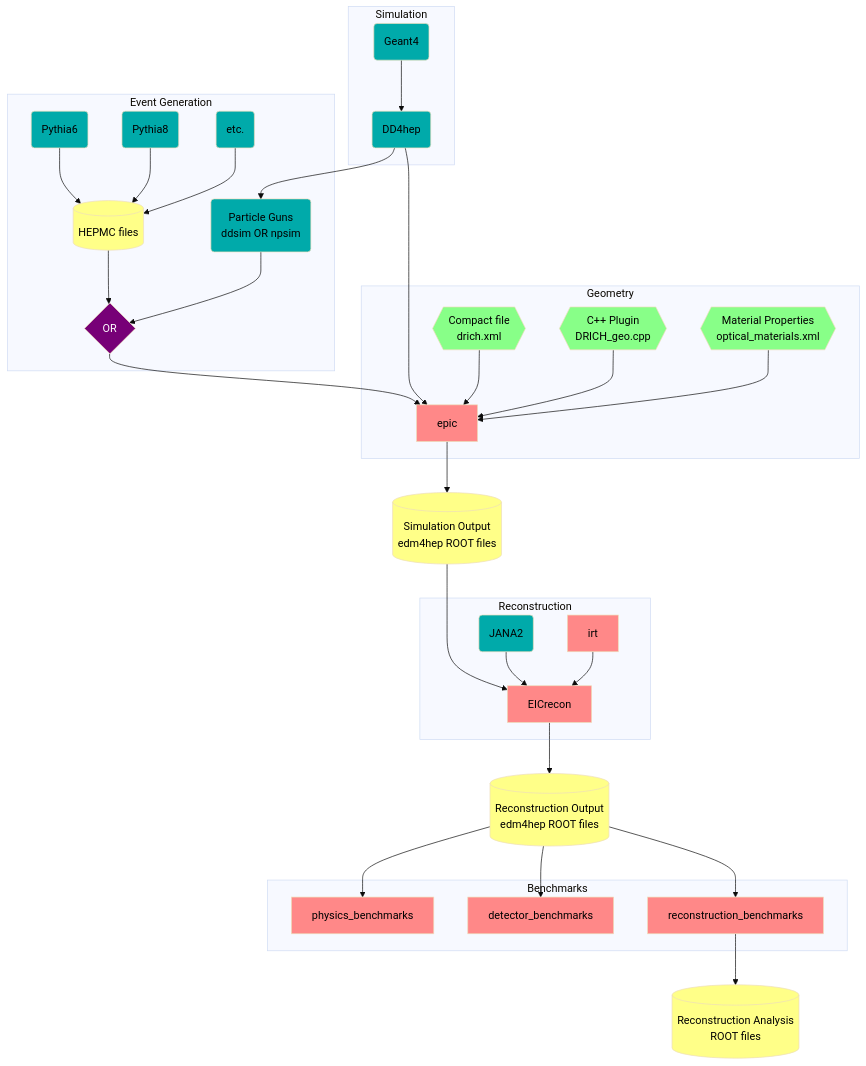
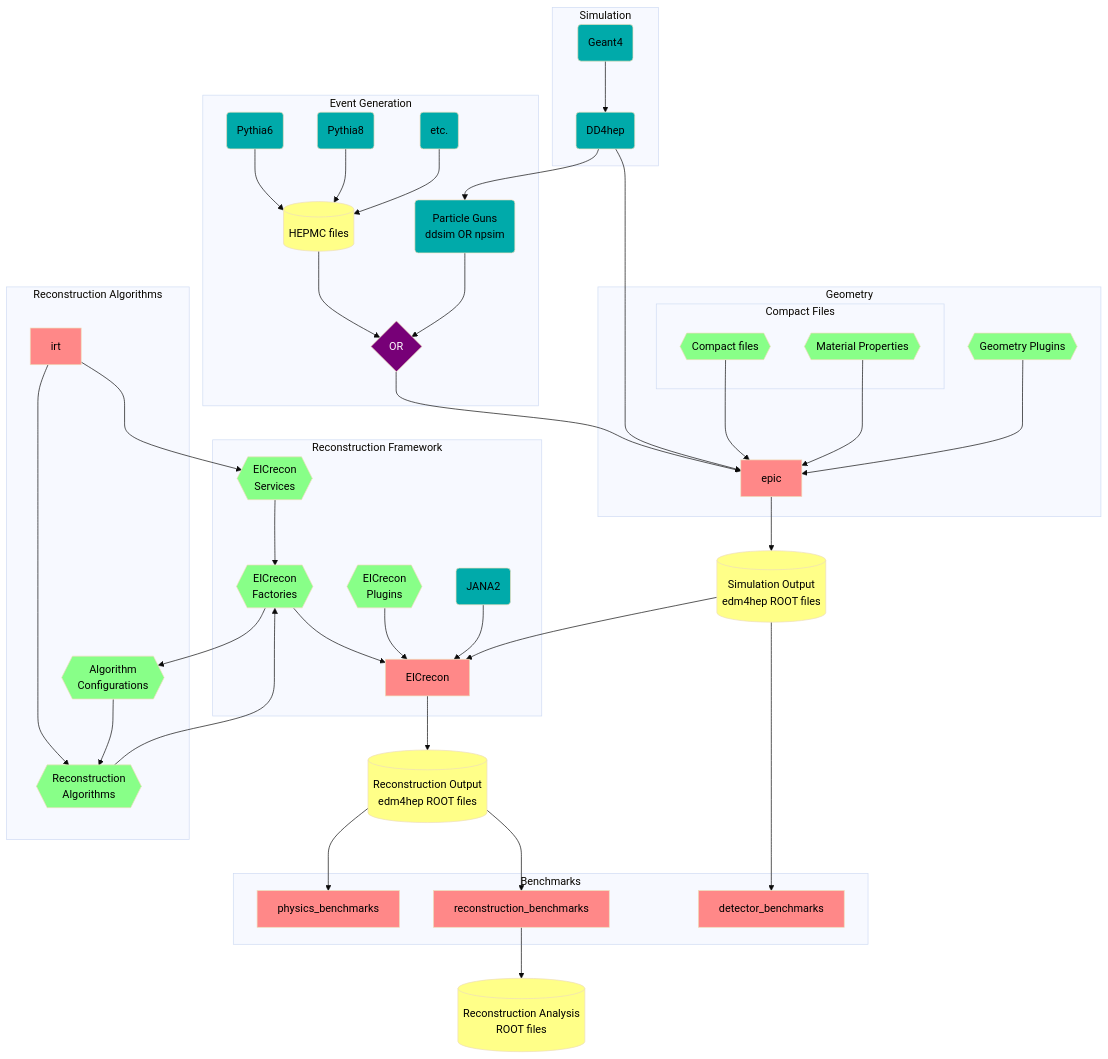
The fourth of 4 diagrams in README.md (eic/drich-dev), drawn with Mermaid (base theme) before and after one commit. The commit also changed other lines of this file, not shown here.

Commit message:
doc: update ePIC software flowchart (#84)

````diff
--- a/README.md
+++ b/README.md
@@ -228,65 +260,81 @@
 ```mermaid
 flowchart TB
   classDef epic fill:#ff8888,color:black
   classDef dep fill:#00aaaa,color:black
   classDef obj fill:#88ff88,color:black
   classDef data fill:#ffff88,color:black
   classDef op fill:#770077,color:white
 
   subgraph Event Generation
     Pythia6(Pythia6):::dep
     Pythia8(Pythia8):::dep
     OtherGen(etc.):::dep
     Hepmc[(HEPMC files)]:::data
     Gun(Particle Guns<br/>ddsim OR npsim):::dep
     GenOR{OR}:::op
   end
-  Pythia6 --> Hepmc
-  Pythia8 --> Hepmc
+  Pythia6  --> Hepmc
+  Pythia8  --> Hepmc
   OtherGen --> Hepmc
-  Hepmc --> GenOR
-  Gun --> GenOR
+  Hepmc    --> GenOR
+  Gun      --> GenOR
 
   subgraph Simulation
     DD4hep(DD4hep):::dep
     Geant(Geant4):::dep
   end
   Geant --> DD4hep
 
   subgraph Geometry
     Epic[epic]:::epic
-    DDCompact{{Compact file<br/>drich.xml}}:::obj
-    DDPlugin{{C++ Plugin<br/>DRICH_geo.cpp}}:::obj
-    DDMat{{Material Properties<br/>optical_materials.xml}}:::obj
+    subgraph Compact Files
+      DDCompact{{Compact files}}:::obj
+      DDMat{{Material Properties}}:::obj
+    end
+    DDPlugin{{Geometry Plugins}}:::obj
   end
   SimOut[(Simulation Output<br/>edm4hep ROOT files)]:::data
-  DD4hep --> Gun
-  GenOR --> Epic
-  DD4hep --> Epic
+  DD4hep    --> Gun
+  GenOR     --> Epic
+  DD4hep    --> Epic
   DDCompact --> Epic
-  DDPlugin --> Epic
-  DDMat --> Epic
-  Epic --> SimOut
+  DDMat     --> Epic
+  DDPlugin  --> Epic
+  Epic      --> SimOut
 
-  subgraph Reconstruction
+  subgraph Reconstruction Framework
     JANA(JANA2):::dep
+    EICreconPlugins{{EICrecon<br/>Plugins}}:::obj
+    EICreconFactories{{EICrecon<br/>Factories}}:::obj
+    EICreconServices{{EICrecon<br/>Services}}:::obj
     EICrecon[EICrecon]:::epic
+  end
+  subgraph Reconstruction Algorithms
     IRT[irt]:::epic
+    RecoAlgorithms{{Reconstruction<br/>Algorithms}}:::obj
+    RecoAlgorithmConfigs{{Algorithm<br/>Configurations}}:::obj
   end
   RecOut[(Reconstruction Output<br/>edm4hep ROOT files)]:::data
-  SimOut ---> EICrecon
-  JANA --> EICrecon
-  IRT --> EICrecon
-  EICrecon --> RecOut
+  IRT                  -->  RecoAlgorithms
+  EICreconServices     -->  EICreconFactories
+  EICreconFactories    -->  EICrecon
+  IRT                  -->  EICreconServices
+  RecoAlgorithmConfigs -->  RecoAlgorithms
+  RecoAlgorithms       -->  EICreconFactories
+  EICreconFactories    -->  RecoAlgorithmConfigs
+  EICreconPlugins      -->  EICrecon
+  JANA                 -->  EICrecon
+  SimOut               --> EICrecon
+  EICrecon         -->  RecOut
 
   subgraph Benchmarks
     PhysicsBenchmarks[physics_benchmarks]:::epic
+    ReconstructionBenchmarks[reconstruction_benchmarks]:::epic
     DetectorBenchmarks[detector_benchmarks]:::epic
-    ReconstructionBenchmarks[reconstruction_benchmarks]:::epic
   end
   AnaOut[(Reconstruction Analysis<br/>ROOT files)]:::data
+  SimOut --> DetectorBenchmarks
   RecOut --> PhysicsBenchmarks
-  RecOut --> DetectorBenchmarks
   RecOut --> ReconstructionBenchmarks --> AnaOut
 
 ```
````
